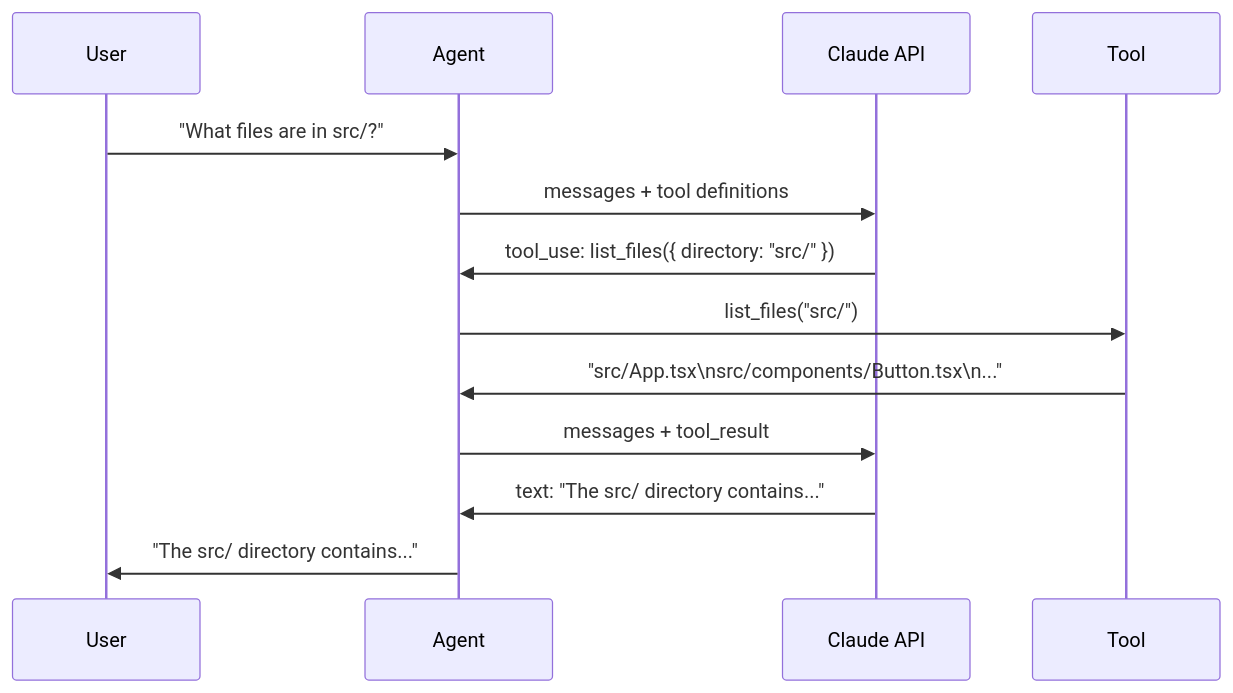
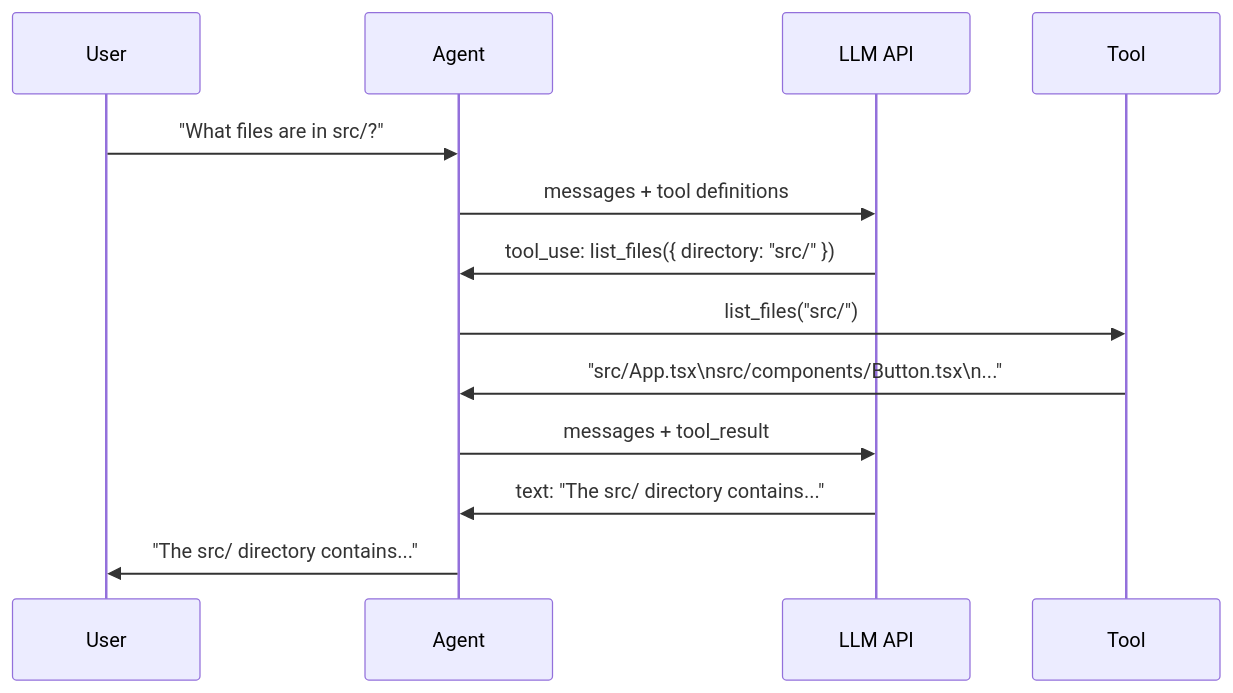
One commit to nauvalazhar/build-your-own-ai-coding-agent changed the diagram in chapters/02-tools.md. Above: the diagram before and after it, drawn with Mermaid. The commit also changed 4 other files, not shown here.

````diff
--- a/chapters/02-tools.md
+++ b/chapters/02-tools.md
@@ -281,16 +281,16 @@
 ```mermaid
 sequenceDiagram
     participant U as User
     participant A as Agent
-    participant API as Claude API
+    participant API as LLM API
     participant T as Tool
 
     U->>A: "What files are in src/?"
     A->>API: messages + tool definitions
     API->>A: tool_use: list_files({ directory: "src/" })
     A->>T: list_files("src/")
     T->>A: "src/App.tsx\nsrc/components/Button.tsx\n..."
     A->>API: messages + tool_result
     API->>A: text: "The src/ directory contains..."
     A->>U: "The src/ directory contains..."
 ```
````
